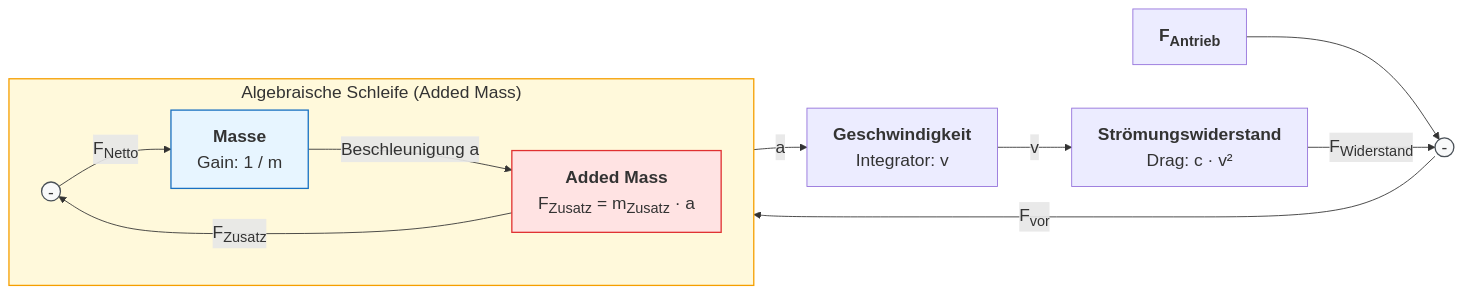
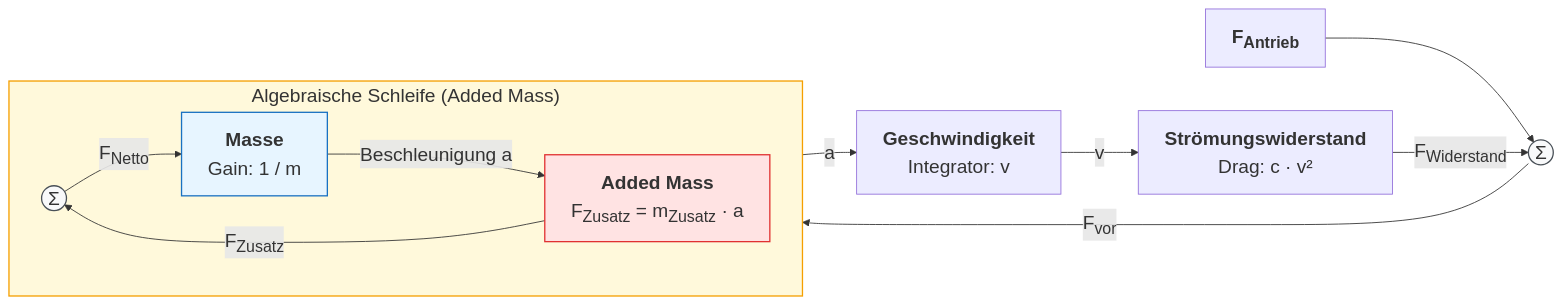
The diagram in Folien/08_Dynamische_Modelle_Kontinuierlich/Diagramme/Algebraische_Schleife_Mechanik.mmd (ghackenberg/kurs-computer-simulation), drawn with Mermaid before and after one commit. The commit also changed 13 other files, not shown here.

```diff
--- a/Folien/08_Dynamische_Modelle_Kontinuierlich/Diagramme/Algebraische_Schleife_Mechanik.mmd
+++ b/Folien/08_Dynamische_Modelle_Kontinuierlich/Diagramme/Algebraische_Schleife_Mechanik.mmd
@@ -1,21 +1,21 @@
-%%{init: {'themeVariables': {'fontSize': '20px'}}}%%
+%%{init: {'themeVariables': {'fontSize': '22px', 'edgeLabelFontSize': '18px', 'subGraphTitleFontSize': '20px'}}}%%
 flowchart LR
-    F_ext["<b>F<sub>Antrieb</sub></b>"] --> S1(( - ))
+    F_ext["<b>F<sub>Antrieb</sub></b>"] --> S1(( &Sigma; ))
     Drag["<b>Strömungswiderstand</b><br/>Drag: c · v²"] -->|"F<sub>Widerstand</sub>"| S1
-    S1 -->|"F<sub>vor</sub>"| S2(( - ))
+    S1 -->|"F<sub>vor</sub>"| S2(( &Sigma; ))
     
     subgraph Loop ["Algebraische Schleife (Added Mass)"]
         direction LR
         S2 -->|"F<sub>Netto</sub>"| G1["<b>Masse</b><br/>Gain: 1 / m"]
         G1 -->|"Beschleunigung a"| AM["<b>Added Mass</b><br/>F<sub>Zusatz</sub> = m<sub>Zusatz</sub> · a"]
         AM -->|"F<sub>Zusatz</sub>"| S2
     end
     
     G1 -->|"a"| Iv["<b>Geschwindigkeit</b><br/>Integrator: v"]
     Iv -->|"v"| Drag
 
     style Loop fill:#fff9db,stroke:#f59f00,stroke-width:1.5px
     style AM fill:#ffe3e3,stroke:#e03131,stroke-width:1.5px
     style G1 fill:#e7f5ff,stroke:#1971c2,stroke-width:1.5px
     style S1 fill:#f8f9fa,stroke:#495057,stroke-width:1.5px
     style S2 fill:#f8f9fa,stroke:#495057,stroke-width:1.5px
```
